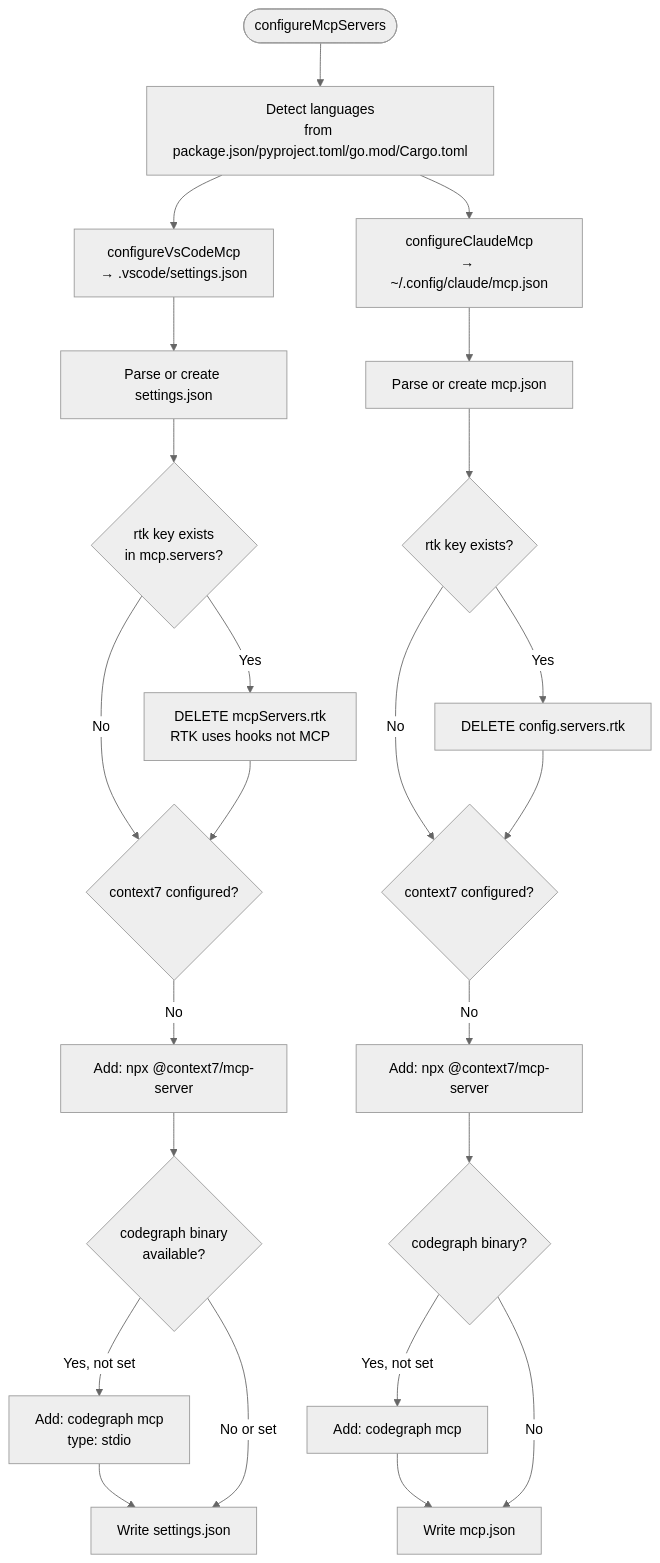
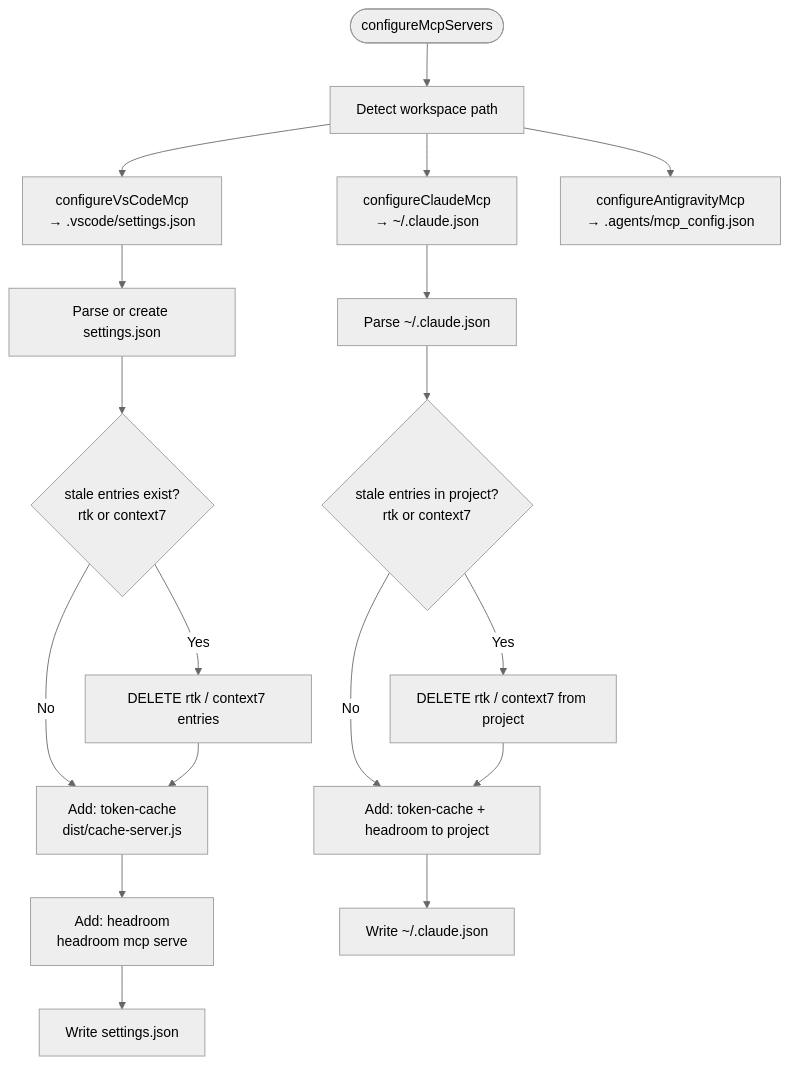
The eighth of 9 diagrams in ARCHITECTURE.md (sarfudheen/tokenshield), drawn with Mermaid (neutral theme) before and after one commit. The commit also changed other lines of this file and 7 other files, not shown here.

Commit message:
feat: implement local MCP configurator for token-cache and headroom, and add unit tests

````diff
--- a/ARCHITECTURE.md
+++ b/ARCHITECTURE.md
@@ -425,28 +426,22 @@
 ```mermaid
 flowchart TD
-    A([configureMcpServers]) --> B[Detect languages\nfrom package.json/pyproject.toml/go.mod/Cargo.toml]
+    A([configureMcpServers]) --> B[Detect workspace path]
     B --> C[configureVsCodeMcp\n→ .vscode/settings.json]
-    B --> D[configureClaudeMcp\n→ ~/.config/claude/mcp.json]
+    B --> D[configureClaudeMcp\n→ ~/.claude.json]
+    B --> E[configureAntigravityMcp\n→ .agents/mcp_config.json]
 
     C --> C1[Parse or create settings.json]
-    C1 --> C2{rtk key exists\nin mcp.servers?}
-    C2 -- Yes --> C3[DELETE mcpServers.rtk\nRTK uses hooks not MCP]
+    C1 --> C2{stale entries exist?\nrtk or context7}
+    C2 -- Yes --> C3[DELETE rtk / context7 entries]
     C2 -- No --> C4
-    C3 --> C4{context7 configured?}
-    C4 -- No --> C5[Add: npx @context7/mcp-server]
-    C5 --> C6{codegraph binary\navailable?}
-    C6 -- Yes, not set --> C7[Add: codegraph mcp\ntype: stdio]
-    C7 --> C8[Write settings.json]
-    C6 -- No or set --> C8
+    C3 --> C4[Add: token-cache\ndist/cache-server.js]
+    C4 --> C5[Add: headroom\nheadroom mcp serve]
+    C5 --> C6[Write settings.json]
 
-    D --> D1[Parse or create mcp.json]
-    D1 --> D2{rtk key exists?}
-    D2 -- Yes --> D3[DELETE config.servers.rtk]
+    D --> D1[Parse ~/.claude.json]
+    D1 --> D2{stale entries in project?\nrtk or context7}
+    D2 -- Yes --> D3[DELETE rtk / context7 from project]
     D2 -- No --> D4
-    D3 --> D4{context7 configured?}
-    D4 -- No --> D5[Add: npx @context7/mcp-server]
-    D5 --> D6{codegraph binary?}
-    D6 -- Yes, not set --> D7[Add: codegraph mcp]
-    D7 --> D8[Write mcp.json]
-    D6 -- No --> D8
+    D3 --> D4[Add: token-cache + headroom to project]
+    D4 --> D5[Write ~/.claude.json]
 ```
````
